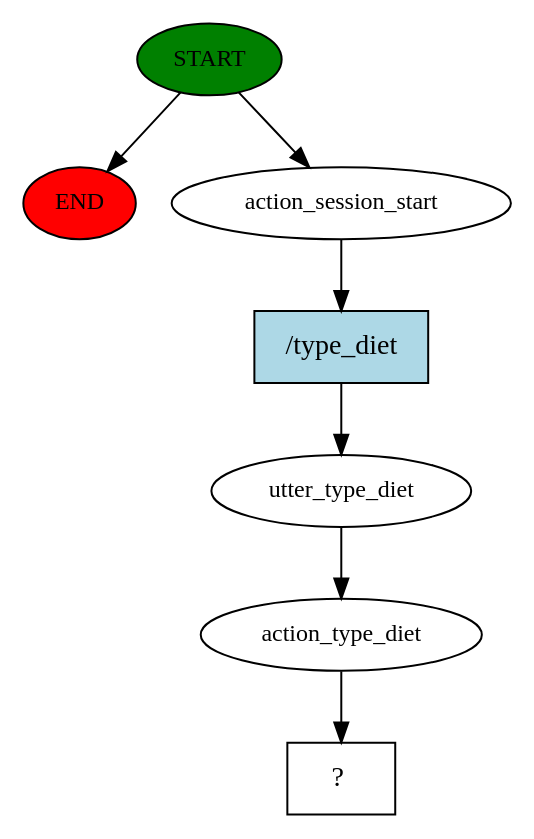
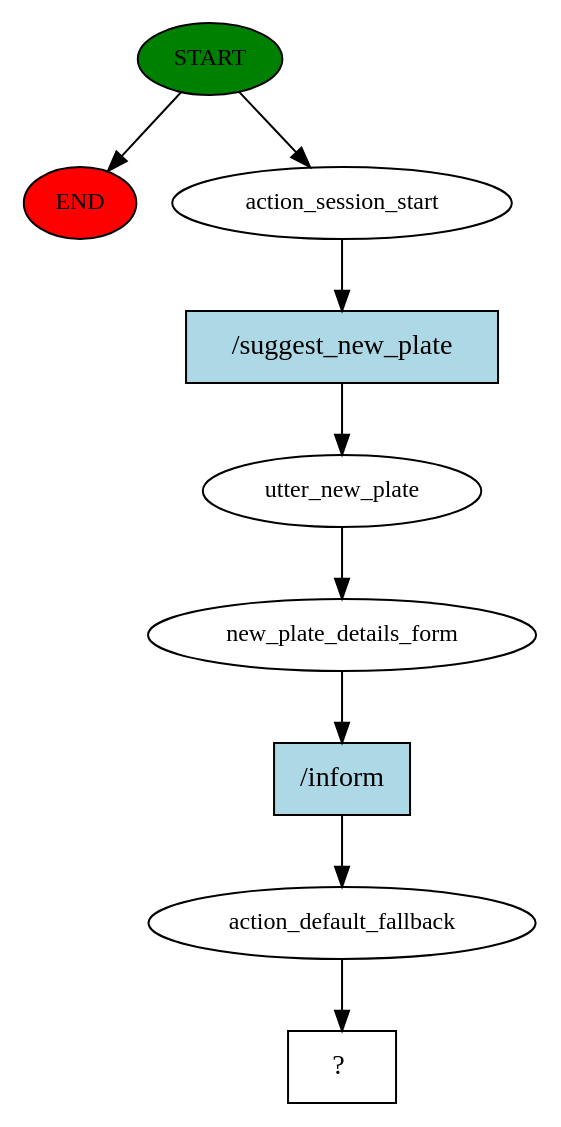
One commit to Denzel18/_RasaChatbot_ changed the diagram in story_graph.dot. Above: the diagram before and after it, drawn with Graphviz. The commit also changed 36 other files, not shown here.

```diff
--- a/story_graph.dot
+++ b/story_graph.dot
@@ -1,15 +1,19 @@
 digraph  {
 0 [class="start active", fillcolor=green, fontsize=12, label=START, style=filled];
 "-1" [class=end, fillcolor=red, fontsize=12, label=END, style=filled];
 1 [class=active, fontsize=12, label=action_session_start];
-2 [class=active, fontsize=12, label=utter_type_diet];
-3 [class=active, fontsize=12, label=action_type_diet];
-4 [class="intent dashed active", label="  ?  ", shape=rect];
-5 [class="intent active", fillcolor=lightblue, label="/type_diet", shape=rect, style=filled];
+2 [class=active, fontsize=12, label=utter_new_plate];
+3 [class=active, fontsize=12, label=new_plate_details_form];
+4 [class=active, fontsize=12, label=action_default_fallback];
+5 [class="intent dashed active", label="  ?  ", shape=rect];
+6 [class="intent active", fillcolor=lightblue, label="/suggest_new_plate", shape=rect, style=filled];
+7 [class="intent active", fillcolor=lightblue, label="/inform", shape=rect, style=filled];
 0 -> "-1"  [class="", key=NONE, label=""];
 0 -> 1  [class=active, key=NONE, label=""];
-1 -> 5  [class=active, key=0];
+1 -> 6  [class=active, key=0];
 2 -> 3  [class=active, key=NONE, label=""];
-3 -> 4  [class=active, key=NONE, label=""];
-5 -> 2  [class=active, key=0];
+3 -> 7  [class=active, key=0];
+4 -> 5  [class=active, key=NONE, label=""];
+6 -> 2  [class=active, key=0];
+7 -> 4  [class=active, key=0];
 }
```
